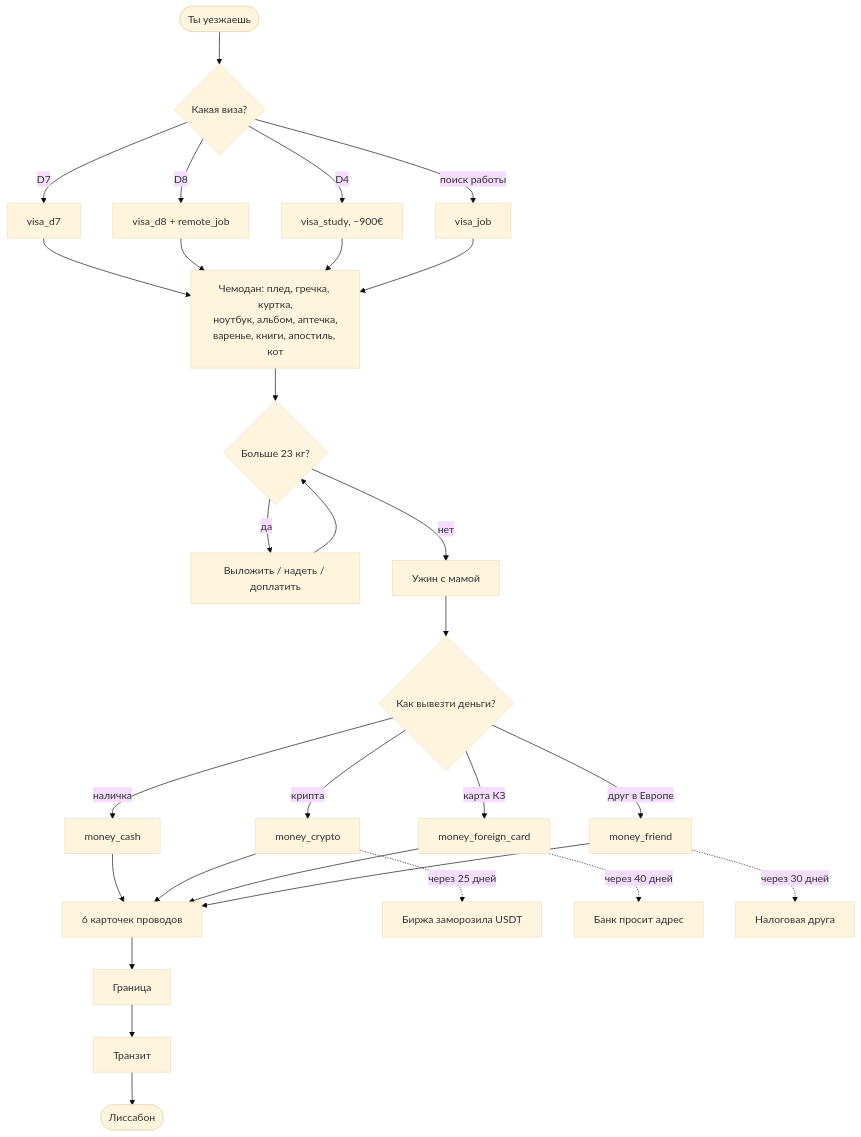
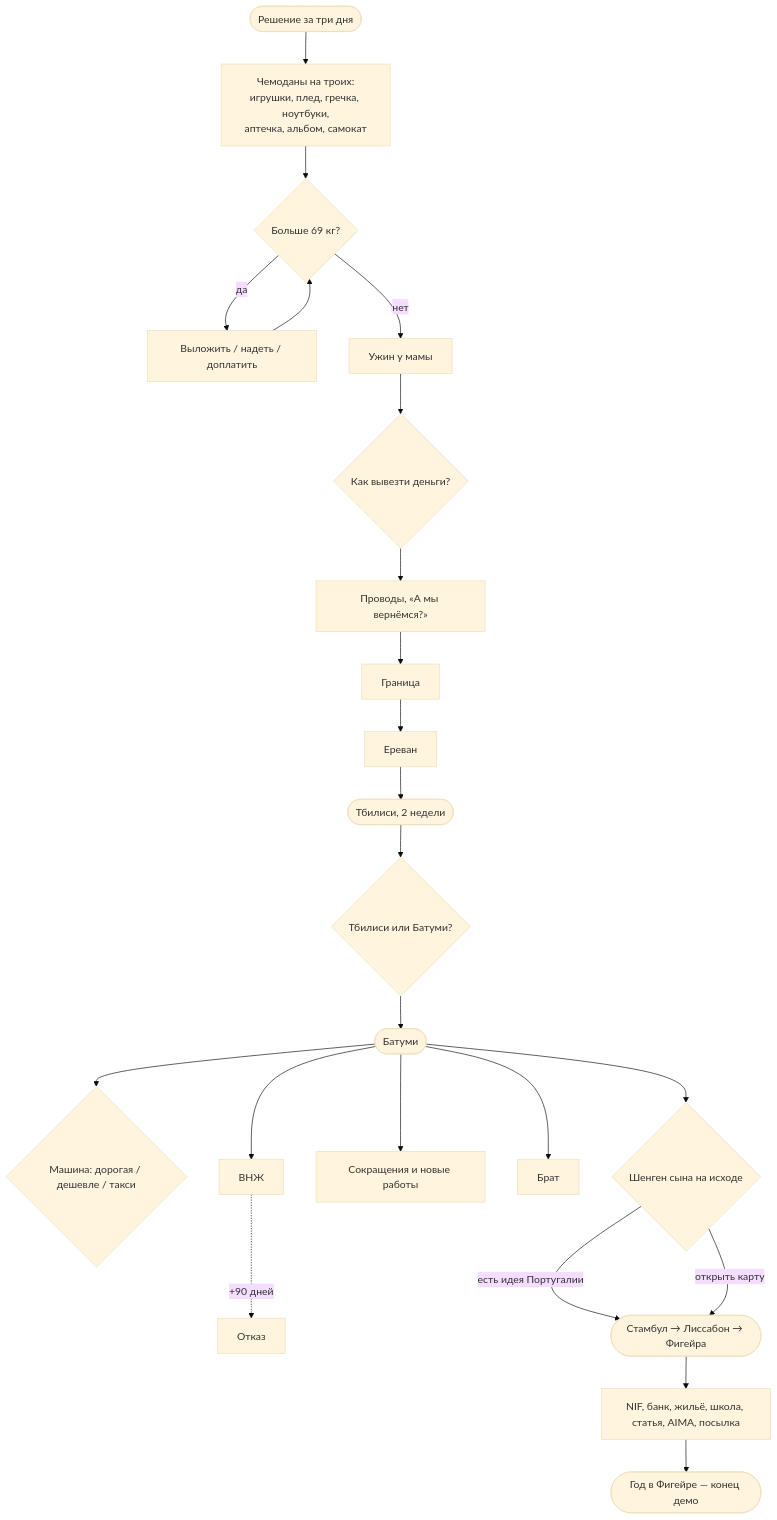
The second of 3 diagrams in docs/tree.md (Lahmatov/sad-migrants-game), drawn with Mermaid (base theme) before and after one commit. The commit also changed other lines of this file and 16 other files, not shown here.

First line of the commit message:
Сценарий по реальной истории: Петербург, Тбилиси, Батуми, Фигейра

````diff
--- a/docs/tree.md
+++ b/docs/tree.md
@@ -86,22 +93,19 @@
 ```mermaid
 flowchart TD
-    intro([Ты уезжаешь]) --> visa{Какая виза?}
-    visa -->|D7| d7[visa_d7]
-    visa -->|D8| d8[visa_d8 + remote_job]
-    visa -->|D4| d4[visa_study, −900€]
-    visa -->|поиск работы| dj[visa_job]
-    d7 & d8 & d4 & dj --> pack[Чемодан: плед, гречка, куртка,<br/>ноутбук, альбом, аптечка,<br/>варенье, книги, апостиль, кот]
-    pack --> scales{Больше 23 кг?}
+    intro([Решение за три дня]) --> pack[Чемоданы на троих:<br/>игрушки, плед, гречка, ноутбуки,<br/>аптечка, альбом, самокат]
+    pack --> scales{Больше 69 кг?}
     scales -->|да| drop[Выложить / надеть / доплатить] --> scales
-    scales -->|нет| dinner[Ужин с мамой]
+    scales -->|нет| dinner[Ужин у мамы]
     dinner --> money{Как вывезти деньги?}
-    money -->|наличка| cash[money_cash]
-    money -->|крипта| crypto[money_crypto]
-    money -->|карта КЗ| kz[money_foreign_card]
-    money -->|друг в Европе| friend[money_friend]
-    cash & crypto & kz & friend --> dep[6 карточек проводов] --> border[Граница] --> transit[Транзит] --> lisbon([Лиссабон])
-
-    crypto -.через 25 дней.-> frozen[Биржа заморозила USDT]
-    kz -.через 40 дней.-> addr[Банк просит адрес]
-    friend -.через 30 дней.-> awkward[Налоговая друга]
+    money --> dep[Проводы, «А мы вернёмся?»] --> border[Граница] --> evn[Ереван] --> tbs([Тбилиси, 2 недели])
+    tbs --> where{Тбилиси или Батуми?} --> bat([Батуми])
+    bat --> car{Машина: дорогая / дешевле / такси}
+    bat --> vnzh[ВНЖ] -.+90 дней.-> refused[Отказ]
+    bat --> layoffs[Сокращения и новые работы]
+    bat --> brother[Брат]
+    bat --> schengen{Шенген сына на исходе}
+    schengen -->|есть идея Португалии| pt([Стамбул → Лиссабон → Фигейра])
+    schengen -->|открыть карту| pt
+    pt --> fig[NIF, банк, жильё, школа, статья, AIMA, посылка]
+    fig --> demo([Год в Фигейре — конец демо])
 ```
````
